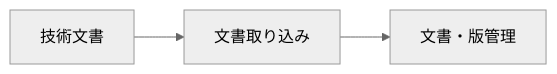
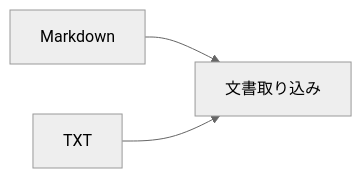
The diagram in project-docs/design/domains/documents/文書取り込み設計.md (takashit16833/RAGScope), drawn with Mermaid (neutral theme) before and after one commit. The commit also changed other lines of this file and 4 other files, not shown here.

````diff
--- a/project-docs/design/domains/documents/文書取り込み設計.md
+++ b/project-docs/design/domains/documents/文書取り込み設計.md
@@ -10,8 +10,9 @@
 ```mermaid
 flowchart LR
-    TechnicalDocument["技術文書"]
+    Markdown["Markdown"]
+    Text["TXT"]
     Ingest["文書取り込み"]
-    Manage["文書・版管理"]
 
-    TechnicalDocument --> Ingest --> Manage
+    Markdown --> Ingest
+    Text --> Ingest
 ```
````
